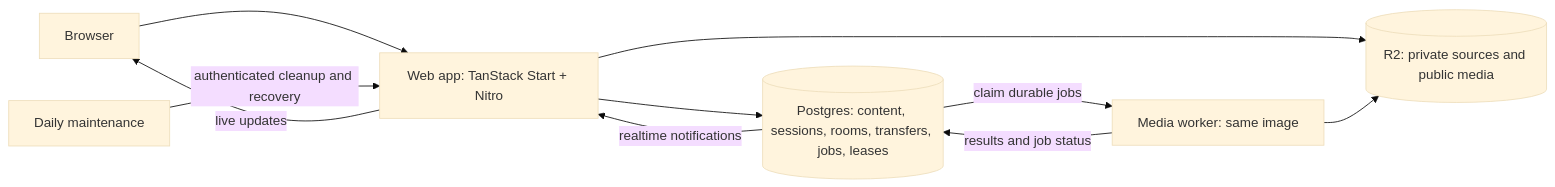
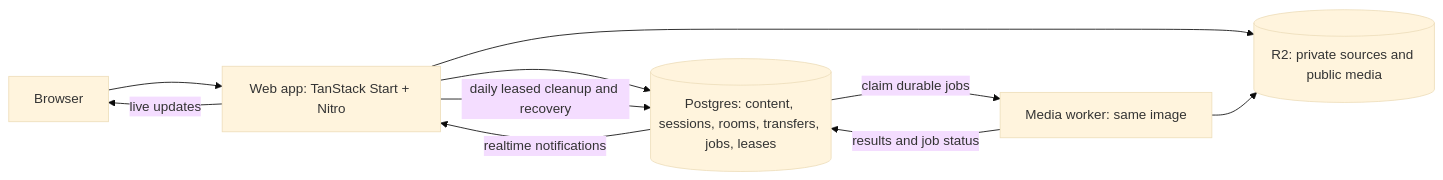
The diagram in README.md (KingPsychopath/milkandhenny.com), drawn with Mermaid (base theme) before and after one commit. The commit also changed other lines of this file and 12 other files, not shown here.

````diff
--- a/README.md
+++ b/README.md
@@ -11,12 +11,12 @@
 ```mermaid
 flowchart LR
     Browser --> Web[Web app: TanStack Start + Nitro]
     Web --> DB[(Postgres: content, sessions, rooms, transfers, jobs, leases)]
     Web --> R2[(R2: private sources and public media)]
     DB -->|claim durable jobs| Worker[Media worker: same image]
     Worker --> R2
     Worker -->|results and job status| DB
     DB -->|realtime notifications| Web
     Web -->|live updates| Browser
-    Daily[Daily maintenance] -->|authenticated cleanup and recovery| Web
+    Web -->|daily leased cleanup and recovery| DB
 ```
````
